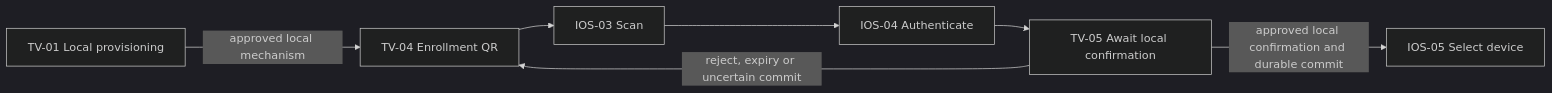
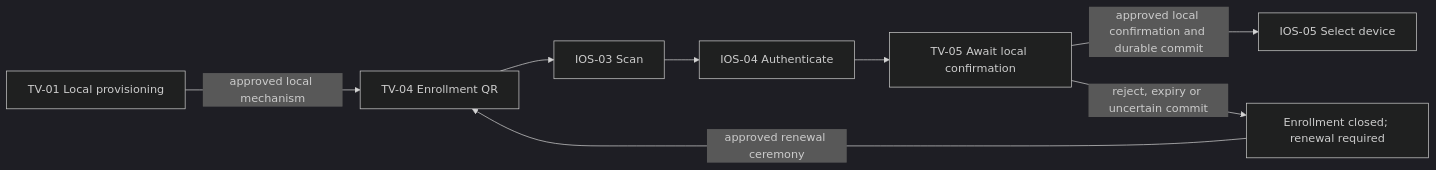
One commit to zckyachmd/pi-tv changed the first of 9 diagrams in docs/design/UX_FLOWS.md. Above: the diagram before and after it, drawn with Mermaid (dark theme). The commit also changed other lines of this file and 2 other files, not shown here.

````diff
--- a/docs/design/UX_FLOWS.md
+++ b/docs/design/UX_FLOWS.md
@@ -7,8 +7,9 @@
 ```mermaid
 flowchart LR
  A[TV-01 Local provisioning] -->|approved local mechanism| B[TV-04 Enrollment QR]
  B --> C[IOS-03 Scan] --> D[IOS-04 Authenticate]
  D --> E[TV-05 Await local confirmation]
  E -->|approved local confirmation and durable commit| F[IOS-05 Select device]
- E -->|reject, expiry or uncertain commit| B
+ E -->|reject, expiry or uncertain commit| G[Enrollment closed; renewal required]
+ G -->|approved renewal ceremony| B
 ```
````
